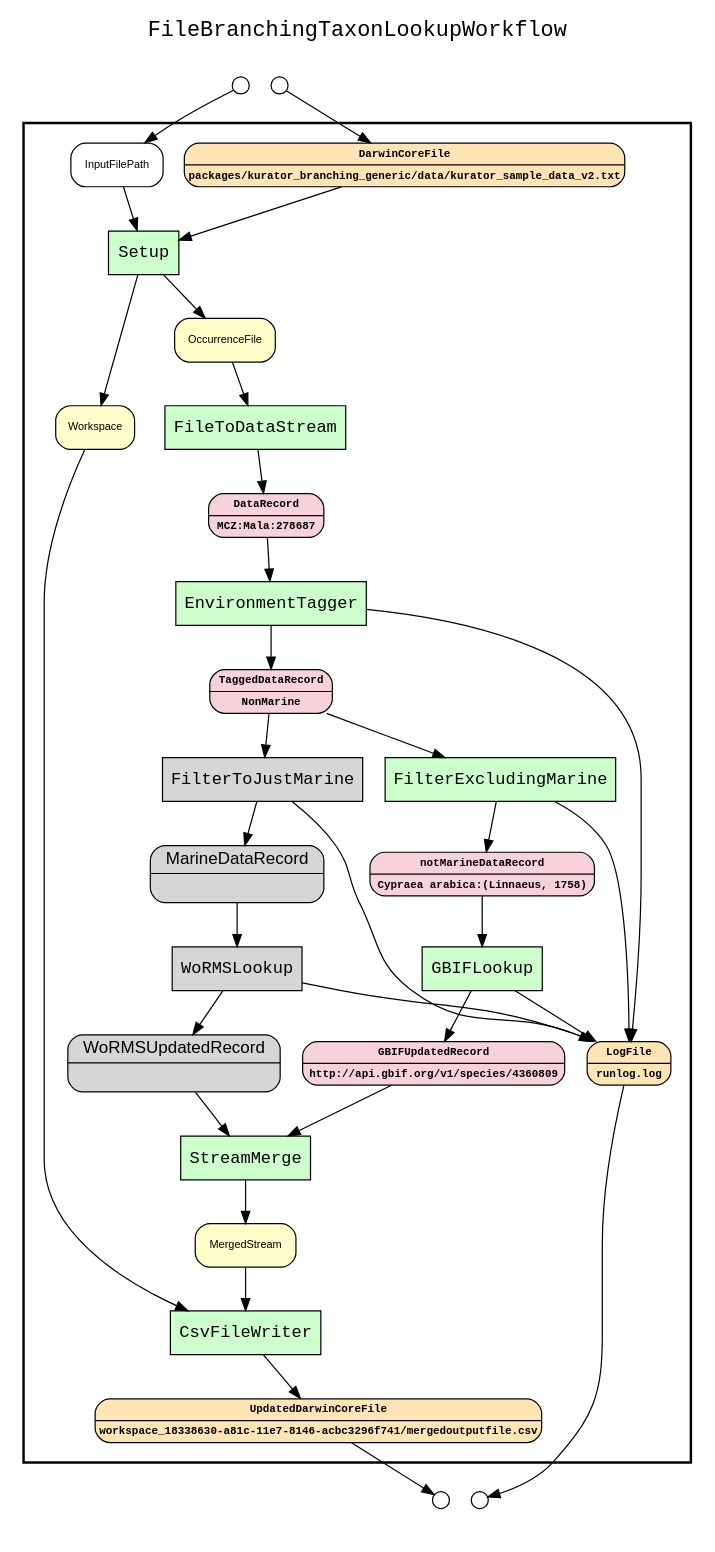
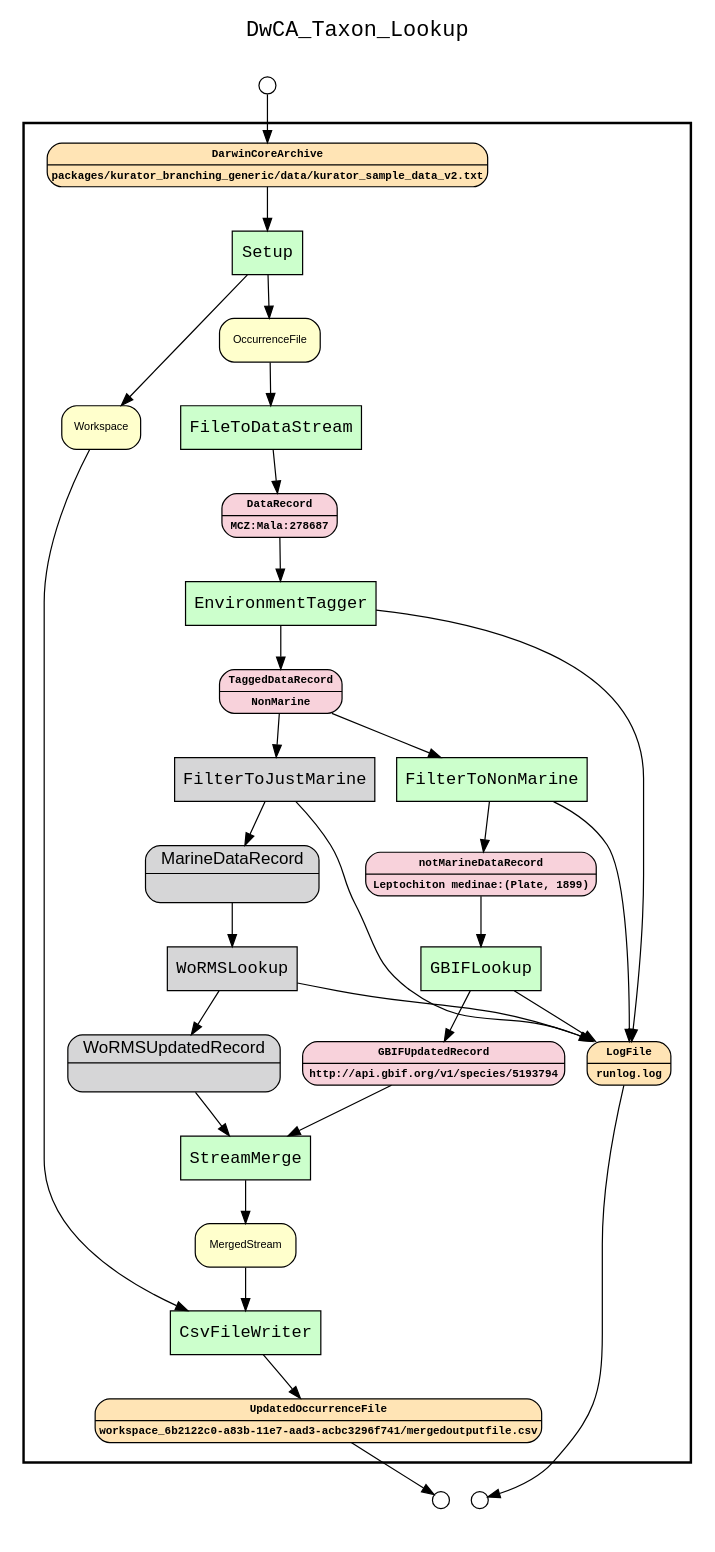
One commit to kurator-org/kurator-TDWG17-YW changed the diagram in kurator_FileBranchingTaxonLookup/workflows/results/wf_recon_complete_graph_of_MCZ:Mala:278687.gv. Above: the diagram before and after it, drawn with Graphviz. The commit also changed 68 other files, not shown here.

```diff
--- a/kurator_FileBranchingTaxonLookup/workflows/results/wf_recon_complete_graph_of_MCZ:Mala:278687.gv
+++ b/kurator_FileBranchingTaxonLookup/workflows/results/wf_recon_complete_graph_of_MCZ:Mala:278687.gv
@@ -1,93 +1,89 @@
 
 digraph yw_data_view {
 rankdir=TB
 fontname=Courier; fontsize=18; labelloc=t
-label="FileBranchingTaxonLookupWorkflow"
+label="DwCA_Taxon_Lookup"
 subgraph cluster_workflow { label=""; color=black; penwidth=2
 subgraph cluster_workflow_inner { label=""; color=white
 node[shape=box style="filled" fillcolor="#d6d6d7" peripheries=1 fontname=Courier]
 FilterToJustMarine
 WoRMSLookup
 node[shape=box style="filled" fillcolor="#CCFFCC" peripheries=1 fontname=Courier]
 Setup
 FileToDataStream
 EnvironmentTagger
 FilterToJustMarine
-FilterExcludingMarine
+FilterToNonMarine
 WoRMSLookup
 GBIFLookup
 StreamMerge
 CsvFileWriter
 node[shape=box style="filled" fillcolor="#CCFFCC" peripheries=1 fontname=Courier]
 node[shape=box style="rounded,filled" fillcolor="#d6d6d7" peripheries=1 fontname=Helvetica]
 MarineDataRecord
 WoRMSUpdatedRecord
 node[shape=box style="rounded,filled" fillcolor="#f8d2db" peripheries=1 fontname="Courier-Bold" fontsize=9]
 DataRecord[shape=record rankdir=LR label="{<f0> DataRecord |<f1>MCZ:Mala:278687\n}"]
 TaggedDataRecord[shape=record rankdir=LR label="{<f0> TaggedDataRecord |<f1>NonMarine\n}"]
 MarineDataRecord[shape=record rankdir=LR label="{<f0> MarineDataRecord |<f1> \n}"]
-notMarineDataRecord[shape=record rankdir=LR label="{<f0> notMarineDataRecord |<f1>Cypraea arabica:(Linnaeus, 1758)\n}"]
+notMarineDataRecord[shape=record rankdir=LR label="{<f0> notMarineDataRecord |<f1>Leptochiton medinae:(Plate, 1899)\n}"]
 WoRMSUpdatedRecord[shape=record rankdir=LR label="{<f0> WoRMSUpdatedRecord |<f1>\n}"]
-GBIFUpdatedRecord[shape=record rankdir=LR label="{<f0> GBIFUpdatedRecord |<f1>http://api.gbif.org/v1/species/4360809\n}"]
+GBIFUpdatedRecord[shape=record rankdir=LR label="{<f0> GBIFUpdatedRecord |<f1>http://api.gbif.org/v1/species/5193794\n}"]
 node[shape=box style="rounded,filled" fillcolor="#FFE4B5" peripheries=1 fontname="Courier-Bold" fontsize=9]
-DarwinCoreFile[shape=record rankdir=LR label="{<f0> DarwinCoreFile |<f1>packages/kurator_branching_generic/data/kurator_sample_data_v2.txt\n}"]
+DarwinCoreArchive[shape=record rankdir=LR label="{<f0> DarwinCoreArchive |<f1>packages/kurator_branching_generic/data/kurator_sample_data_v2.txt\n}"]
 node[shape=box style="rounded,filled" fillcolor="#FFFFCC" peripheries=1 fontname=Helvetica]
 Workspace
 OccurrenceFile
 DataRecord
 TaggedDataRecord
 MarineDataRecord
 notMarineDataRecord
 WoRMSUpdatedRecord
 GBIFUpdatedRecord
 MergedStream
 node[shape=box style="rounded,filled" fillcolor="#FFE4B5" peripheries=1 fontname="Courier-Bold" fontsize=9]
 LogFile[shape=record rankdir=LR label="{<f0> LogFile |<f1>runlog.log\n}"]
-UpdatedDarwinCoreFile[shape=record rankdir=LR label="{<f0> UpdatedDarwinCoreFile |<f1>workspace_18338630-a81c-11e7-8146-acbc3296f741/mergedoutputfile.csv\n}"]
+UpdatedOccurrenceFile[shape=record rankdir=LR label="{<f0> UpdatedOccurrenceFile |<f1>workspace_6b2122c0-a83b-11e7-aad3-acbc3296f741/mergedoutputfile.csv\n}"]
 node[shape=box style="rounded,filled" fillcolor="#FFFFFF" peripheries=1 fontname=Helvetica]
-InputFilePath
 }}
 subgraph cluster_inflows { label=""; color=white; penwidth=2
 subgraph cluster_inflows_inner { label=""; color=white
 node[shape=circle fillcolor="#FFFFFF" peripheries=1 width=0.2]
-DarwinCoreFile_inflow [label=""]
-InputFilePath_inflow [label=""]
+DarwinCoreArchive_inflow [label=""]
 }}
 subgraph cluster_outflows { label=""; color=white; penwidth=2
 subgraph cluster_outflows_inner { label=""; color=white
 node[shape=circle fillcolor="#FFFFFF" peripheries=1 width=0.2]
 LogFile_outflow [label=""]
-UpdatedDarwinCoreFile_outflow [label=""]
+UpdatedOccurrenceFile_outflow [label=""]
 }}
-InputFilePath -> Setup
-DarwinCoreFile -> Setup
+DarwinCoreArchive -> Setup
 Workspace -> CsvFileWriter
 OccurrenceFile -> FileToDataStream
 DataRecord -> EnvironmentTagger
 TaggedDataRecord -> FilterToJustMarine
-TaggedDataRecord -> FilterExcludingMarine
+TaggedDataRecord -> FilterToNonMarine
 MarineDataRecord -> WoRMSLookup
 notMarineDataRecord -> GBIFLookup
 WoRMSUpdatedRecord -> StreamMerge
 GBIFUpdatedRecord -> StreamMerge
 MergedStream -> CsvFileWriter
 Setup -> Workspace
 Setup -> OccurrenceFile
 FileToDataStream -> DataRecord
 EnvironmentTagger -> LogFile
 EnvironmentTagger -> TaggedDataRecord
 FilterToJustMarine -> LogFile
 FilterToJustMarine -> MarineDataRecord
-FilterExcludingMarine -> LogFile
-FilterExcludingMarine -> notMarineDataRecord
+FilterToNonMarine -> LogFile
+FilterToNonMarine -> notMarineDataRecord
 WoRMSLookup -> LogFile
 WoRMSLookup -> WoRMSUpdatedRecord
 GBIFLookup -> LogFile
 GBIFLookup -> GBIFUpdatedRecord
 StreamMerge -> MergedStream
-CsvFileWriter -> UpdatedDarwinCoreFile
-DarwinCoreFile_inflow -> DarwinCoreFile
-InputFilePath_inflow -> InputFilePath
+CsvFileWriter -> UpdatedOccurrenceFile
+DarwinCoreArchive_inflow -> DarwinCoreArchive
 LogFile -> LogFile_outflow
-UpdatedDarwinCoreFile -> UpdatedDarwinCoreFile_outflow
+UpdatedOccurrenceFile -> UpdatedOccurrenceFile_outflow
 }
```
